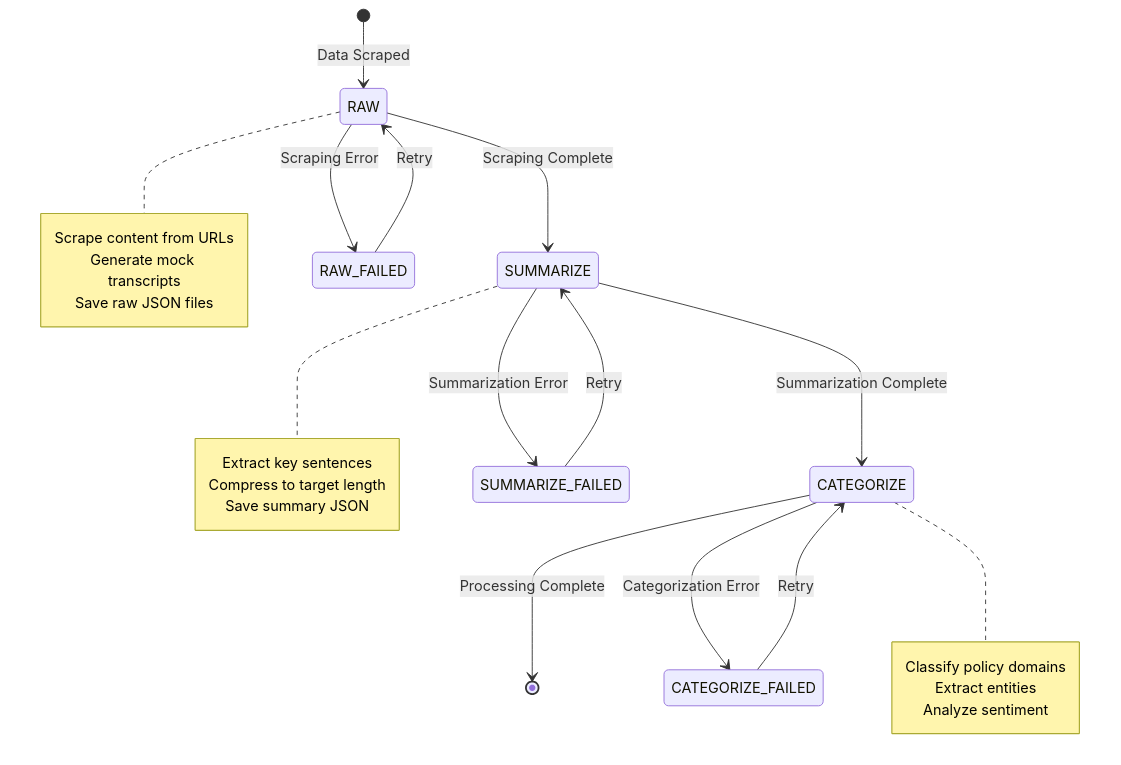
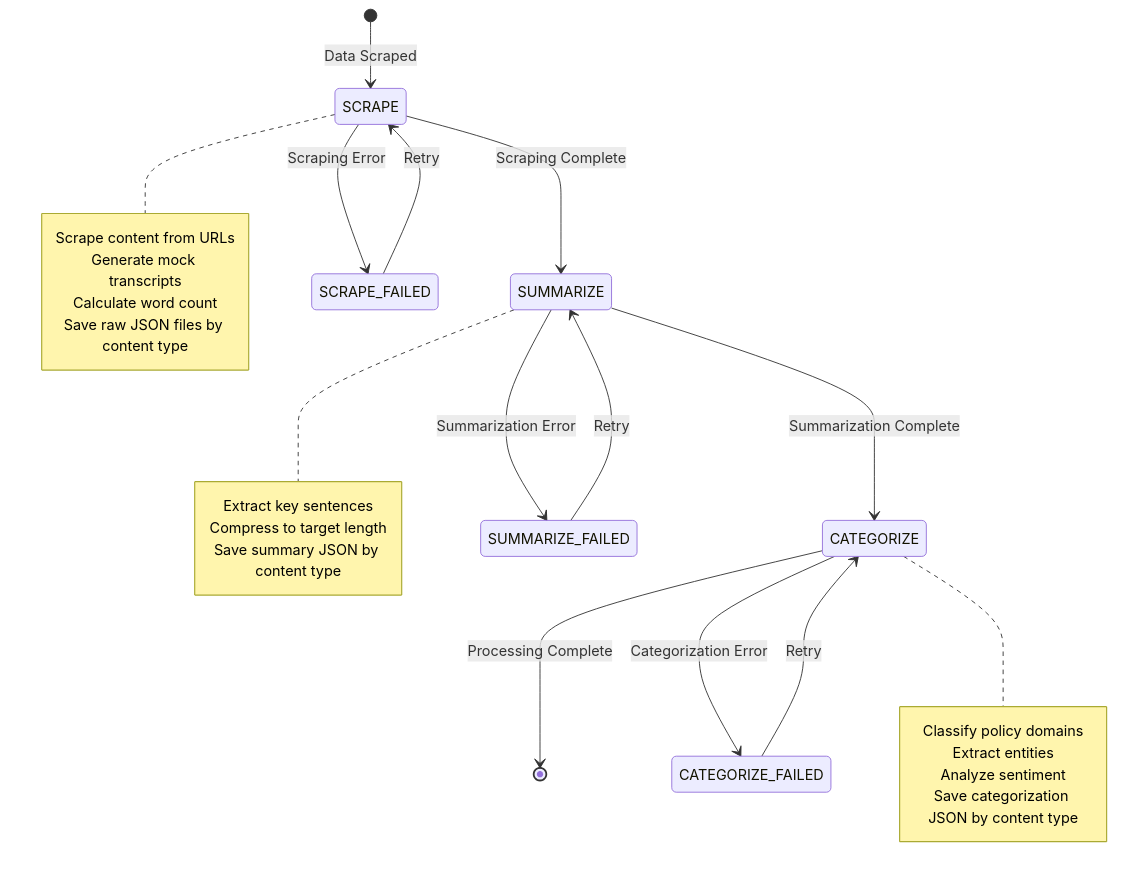
Before and after one commit to dmitriyratu/DiscourseKG: the second of 7 diagrams in documentation/architecture.md, drawn with Mermaid. The commit also changed other lines of this file and 28 other files, not shown here.

````diff
--- a/documentation/architecture.md
+++ b/documentation/architecture.md
@@ -131,19 +141,19 @@
 ```mermaid
 stateDiagram-v2
-    [*] --> RAW: Data Scraped
-    RAW --> SUMMARIZE: Scraping Complete
+    [*] --> SCRAPE: Data Scraped
+    SCRAPE --> SUMMARIZE: Scraping Complete
     SUMMARIZE --> CATEGORIZE: Summarization Complete
     CATEGORIZE --> [*]: Processing Complete
     
-    RAW --> RAW_FAILED: Scraping Error
+    SCRAPE --> SCRAPE_FAILED: Scraping Error
     SUMMARIZE --> SUMMARIZE_FAILED: Summarization Error
     CATEGORIZE --> CATEGORIZE_FAILED: Categorization Error
     
-    RAW_FAILED --> RAW: Retry
+    SCRAPE_FAILED --> SCRAPE: Retry
     SUMMARIZE_FAILED --> SUMMARIZE: Retry
     CATEGORIZE_FAILED --> CATEGORIZE: Retry
     
-    note right of RAW: Scrape content from URLs<br/>Generate mock transcripts<br/>Save raw JSON files
-    note right of SUMMARIZE: Extract key sentences<br/>Compress to target length<br/>Save summary JSON
-    note right of CATEGORIZE: Classify policy domains<br/>Extract entities<br/>Analyze sentiment
+    note right of SCRAPE: Scrape content from URLs<br/>Generate mock transcripts<br/>Calculate word count<br/>Save raw JSON files by content type
+    note right of SUMMARIZE: Extract key sentences<br/>Compress to target length<br/>Save summary JSON by content type
+    note right of CATEGORIZE: Classify policy domains<br/>Extract entities<br/>Analyze sentiment<br/>Save categorization JSON by content type
 ```
````
